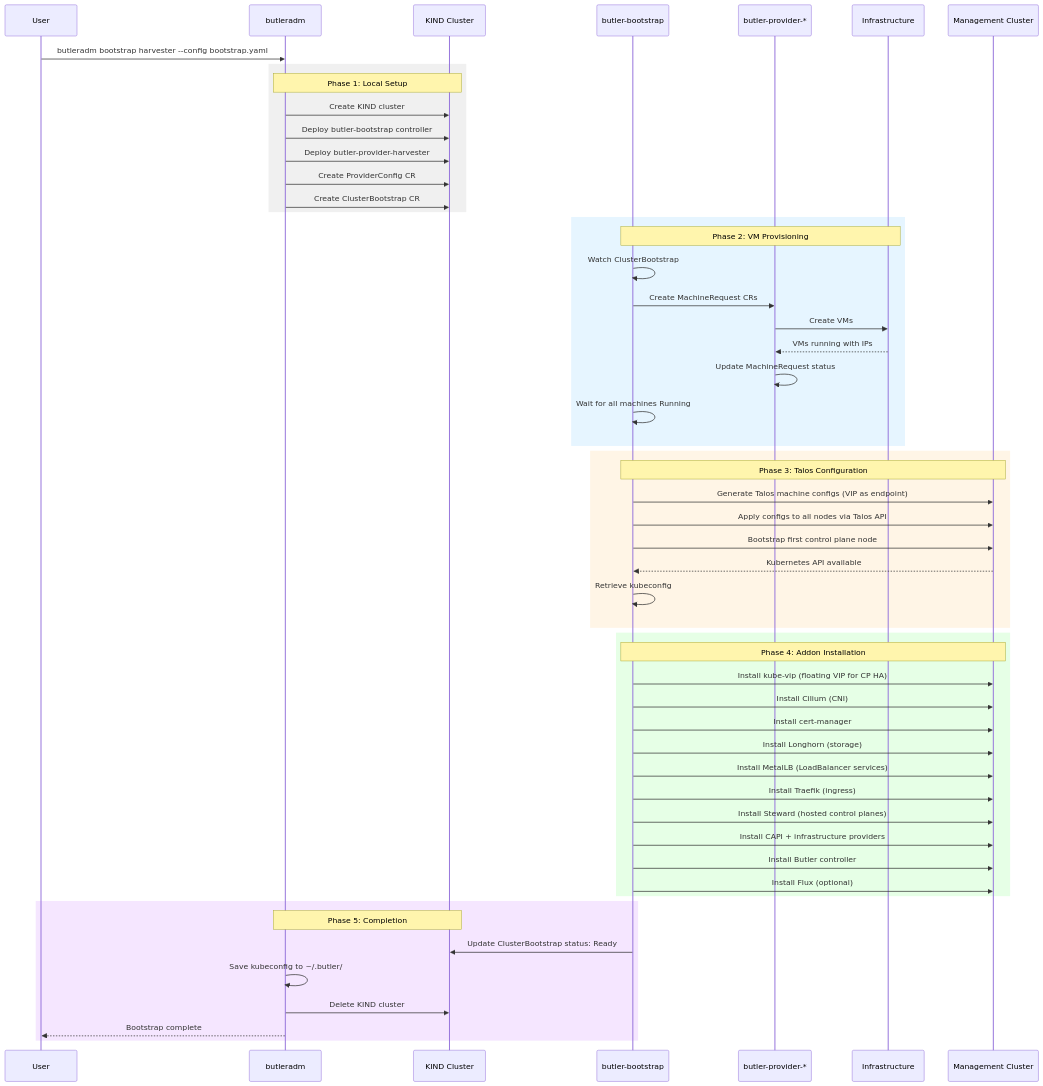
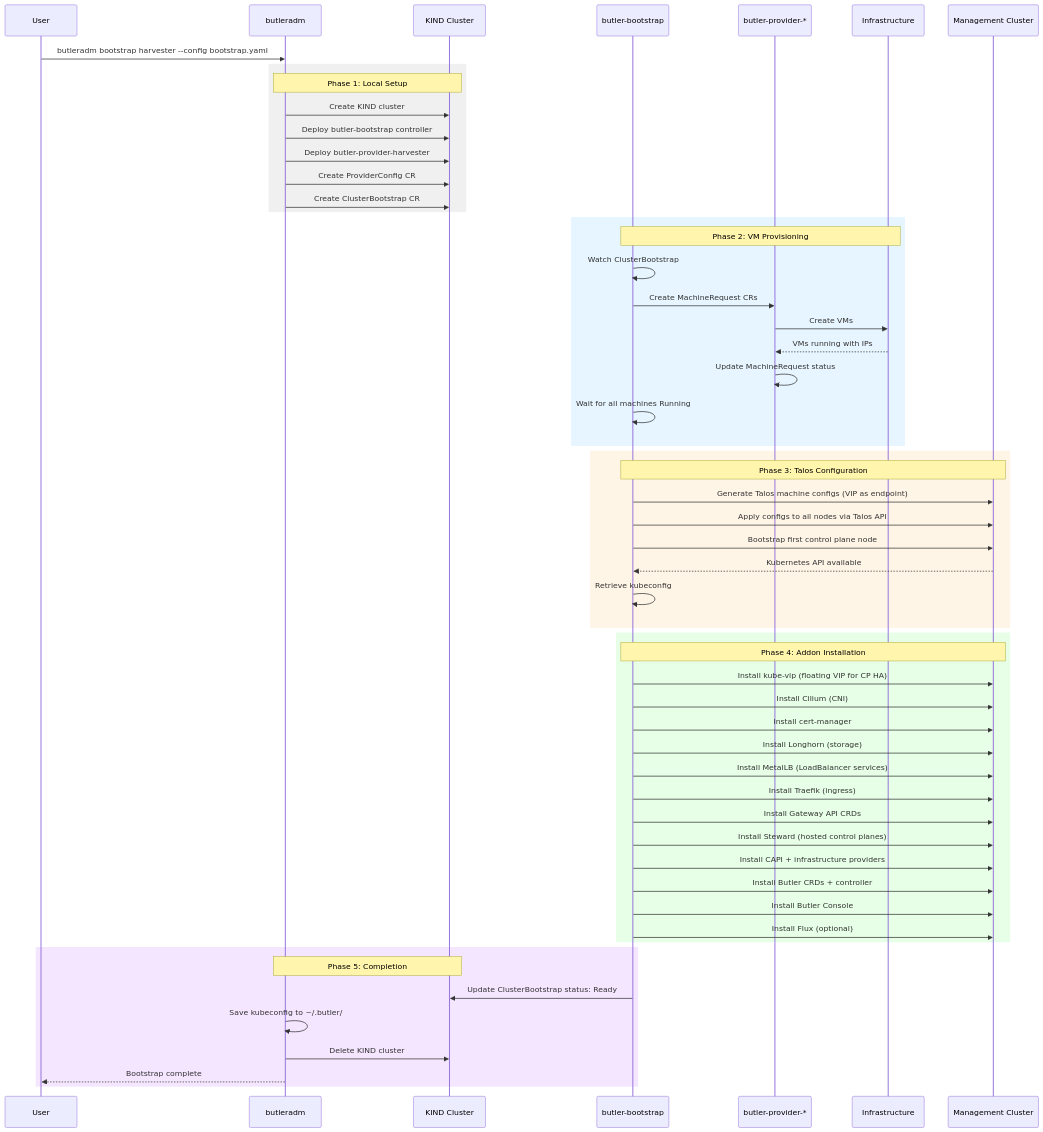
The first of 2 diagrams in docs/architecture/bootstrap-flow.md (butlerdotdev/butler), drawn with Mermaid before and after one commit. The commit also changed other lines of this file, not shown here.

First line of the commit message:
docs: update bootstrap-flow addon table and expand troubleshooting

````diff
--- a/docs/architecture/bootstrap-flow.md
+++ b/docs/architecture/bootstrap-flow.md
@@ -39,62 +39,64 @@
 ```mermaid
 sequenceDiagram
     participant User
     participant CLI as butleradm
     participant KIND as KIND Cluster
     participant Bootstrap as butler-bootstrap
     participant Provider as butler-provider-*
     participant Infra as Infrastructure
     participant MC as Management Cluster
 
     User->>CLI: butleradm bootstrap harvester --config bootstrap.yaml
 
     rect rgb(240, 240, 240)
         Note over CLI,KIND: Phase 1: Local Setup
         CLI->>KIND: Create KIND cluster
         CLI->>KIND: Deploy butler-bootstrap controller
         CLI->>KIND: Deploy butler-provider-harvester
         CLI->>KIND: Create ProviderConfig CR
         CLI->>KIND: Create ClusterBootstrap CR
     end
 
     rect rgb(230, 245, 255)
         Note over Bootstrap,Infra: Phase 2: VM Provisioning
         Bootstrap->>Bootstrap: Watch ClusterBootstrap
         Bootstrap->>Provider: Create MachineRequest CRs
         Provider->>Infra: Create VMs
         Infra-->>Provider: VMs running with IPs
         Provider->>Provider: Update MachineRequest status
         Bootstrap->>Bootstrap: Wait for all machines Running
     end
 
     rect rgb(255, 245, 230)
         Note over Bootstrap,MC: Phase 3: Talos Configuration
         Bootstrap->>MC: Generate Talos machine configs (VIP as endpoint)
         Bootstrap->>MC: Apply configs to all nodes via Talos API
         Bootstrap->>MC: Bootstrap first control plane node
         MC-->>Bootstrap: Kubernetes API available
         Bootstrap->>Bootstrap: Retrieve kubeconfig
     end
 
     rect rgb(230, 255, 230)
         Note over Bootstrap,MC: Phase 4: Addon Installation
         Bootstrap->>MC: Install kube-vip (floating VIP for CP HA)
         Bootstrap->>MC: Install Cilium (CNI)
         Bootstrap->>MC: Install cert-manager
         Bootstrap->>MC: Install Longhorn (storage)
         Bootstrap->>MC: Install MetalLB (LoadBalancer services)
         Bootstrap->>MC: Install Traefik (ingress)
+        Bootstrap->>MC: Install Gateway API CRDs
         Bootstrap->>MC: Install Steward (hosted control planes)
         Bootstrap->>MC: Install CAPI + infrastructure providers
-        Bootstrap->>MC: Install Butler controller
+        Bootstrap->>MC: Install Butler CRDs + controller
+        Bootstrap->>MC: Install Butler Console
         Bootstrap->>MC: Install Flux (optional)
     end
 
     rect rgb(245, 230, 255)
         Note over CLI,KIND: Phase 5: Completion
         Bootstrap->>KIND: Update ClusterBootstrap status: Ready
         CLI->>CLI: Save kubeconfig to ~/.butler/
         CLI->>KIND: Delete KIND cluster
         CLI-->>User: Bootstrap complete
     end
 ```
````
